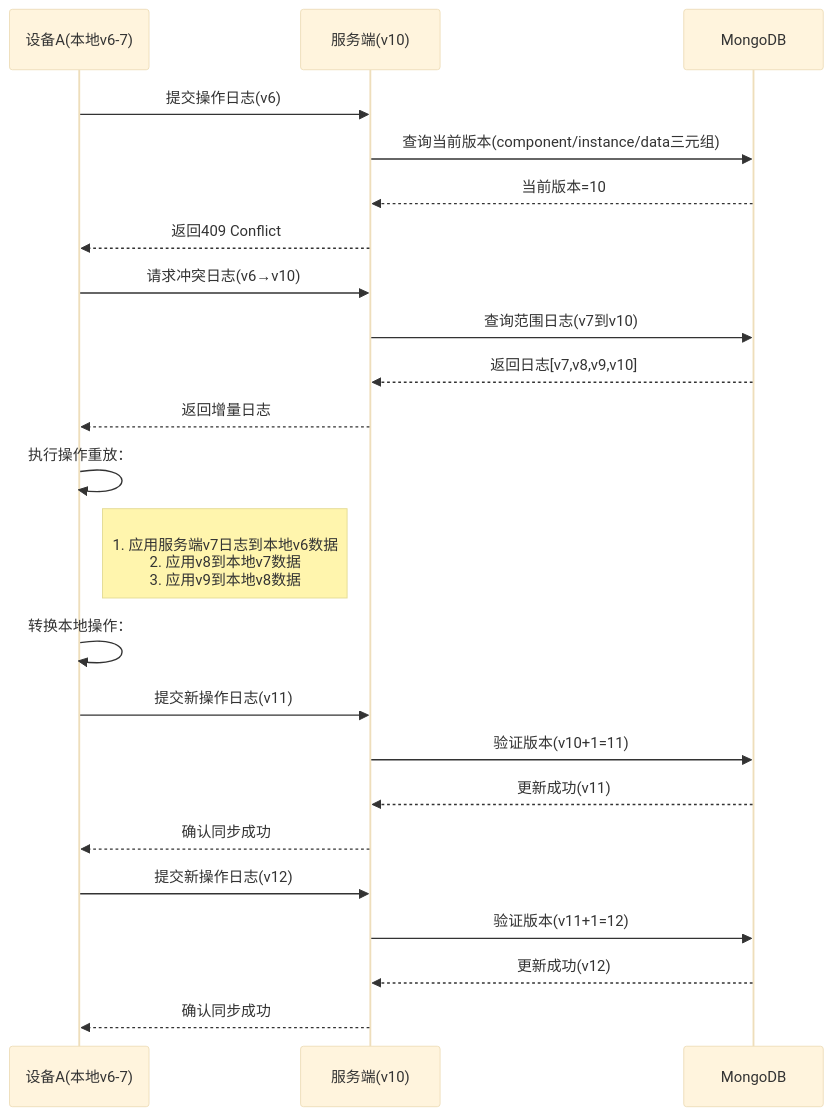
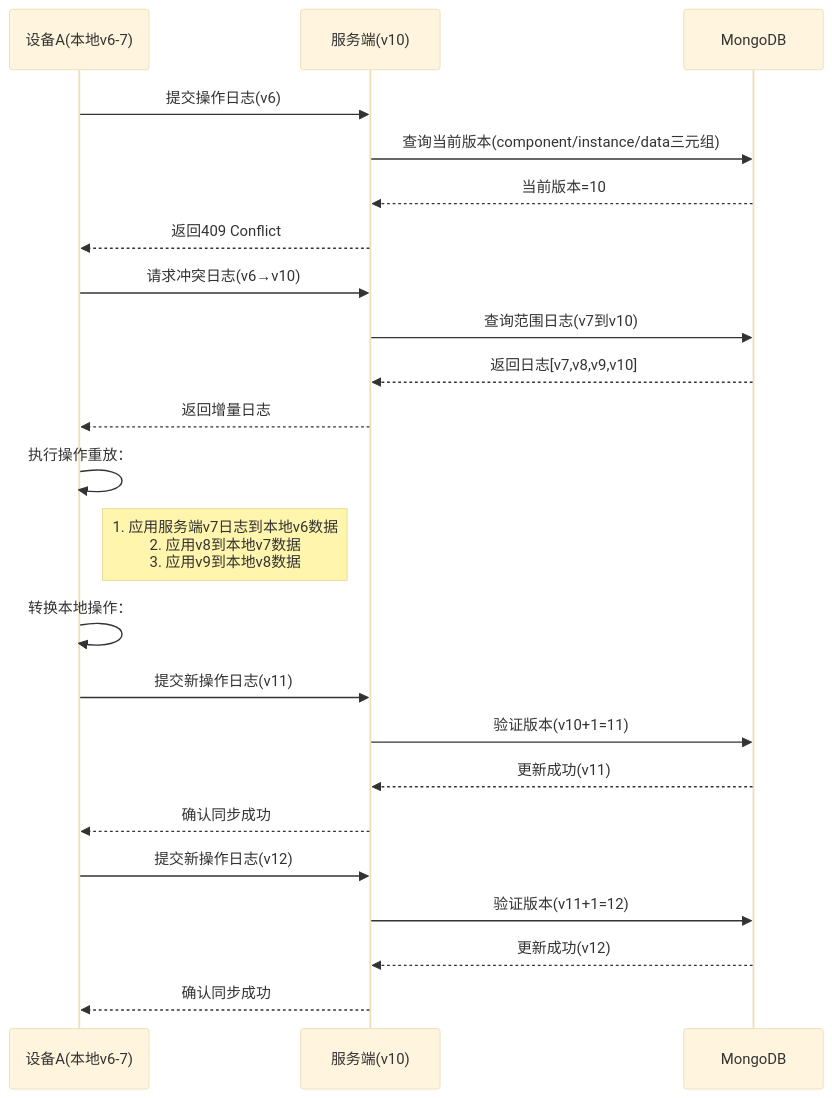
Before and after one commit to yingjianzh/iodraw-files: the diagram in all/未命名-26.md, drawn with Mermaid (base theme).

Commit message:
2025-02-26 16:21:59 update

````diff
--- a/all/未命名-26.md
+++ b/all/未命名-26.md
@@ -1,39 +1,39 @@
 ```mermaid
 sequenceDiagram
     participant A as 设备A(本地v6-7)
     participant S as 服务端(v10)
     participant DB as MongoDB
 
     %% 初始同步尝试
     A->>S: 提交操作日志(v6)
     S->>DB: 查询当前版本(component/instance/data三元组)
     DB-->>S: 当前版本=10
     S-->>A: 返回409 Conflict
 
     %% 冲突解决阶段
     A->>S: 请求冲突日志(v6→v10)
     S->>DB: 查询范围日志(v7到v10)
     DB-->>S: 返回日志[v7,v8,v9,v10]
     S-->>A: 返回增量日志
 
     %% 本地数据重建
     A->>A: 执行操作重放：
-    note right of A: <br>1. 应用服务端v7日志到本地v6数据 <br> 2. 应用v8到本地v7数据 <br> 3. 应用v9到本地v8数据
+    note right of A: 1. 应用服务端v7日志到本地v6数据 <br> 2. 应用v8到本地v7数据 <br> 3. 应用v9到本地v8数据 
 
 
 
     %% 本地操作转换
     A->>A: 转换本地操作：
     
 
     %% 重新提交
     A->>S: 提交新操作日志(v11)
     S->>DB: 验证版本(v10+1=11)
     DB-->>S: 更新成功(v11)
     S-->>A: 确认同步成功
 
     A->>S: 提交新操作日志(v12)
     S->>DB: 验证版本(v11+1=12)
     DB-->>S: 更新成功(v12)
     S-->>A: 确认同步成功
 ```
````
